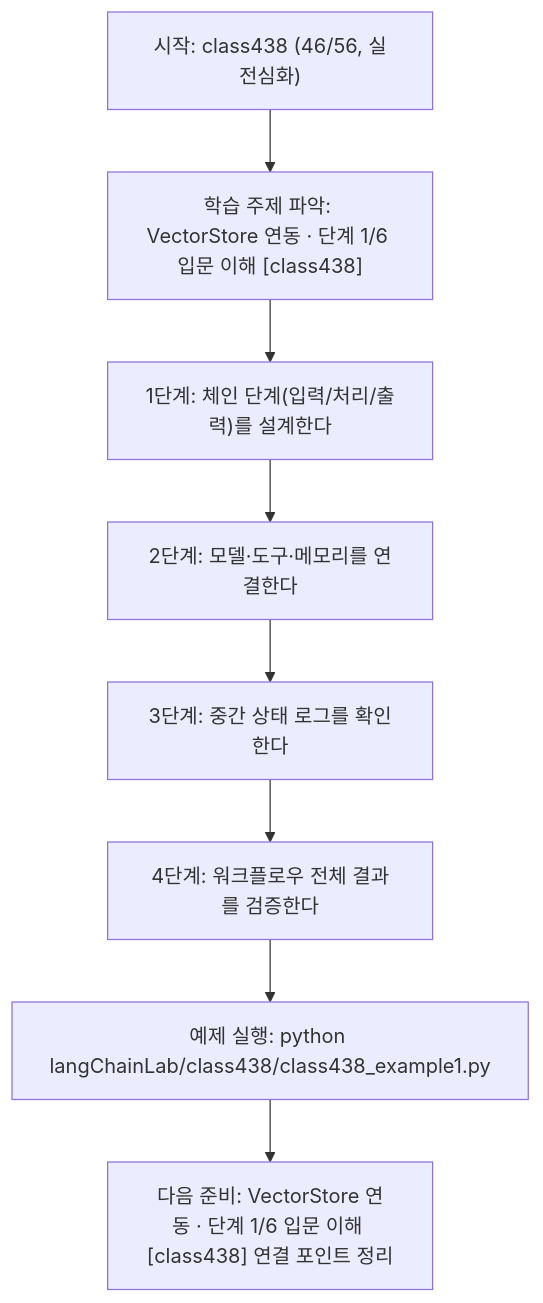
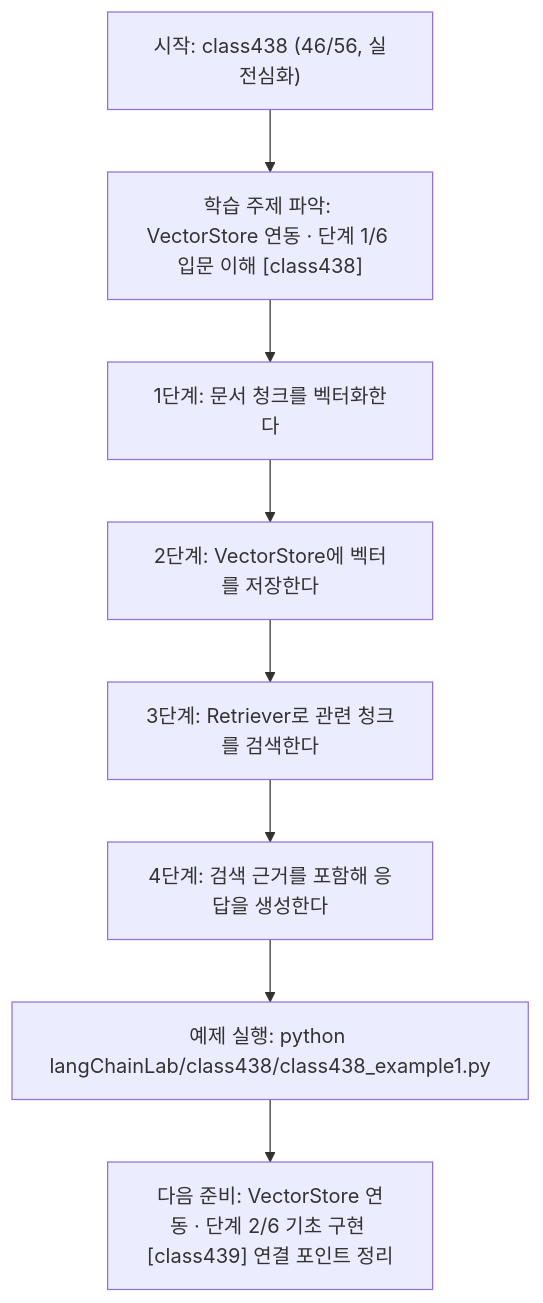
Before and after one commit to edumgt/Python-AI_Agent-Class: the diagram in langChainLab/class438/class438.md, drawn with Mermaid. The commit also changed other lines of this file and 395 other files, not shown here.

````diff
--- a/langChainLab/class438/class438.md
+++ b/langChainLab/class438/class438.md
@@ -109,18 +91,18 @@
 ```mermaid
 flowchart TD
 N1["시작: class438 (46/56, 실전심화)"]
 N2["학습 주제 파악: VectorStore 연동 · 단계 1/6 입문 이해 [class438]"]
-N3["1단계: 체인 단계(입력/처리/출력)를 설계한다"]
-N4["2단계: 모델·도구·메모리를 연결한다"]
-N5["3단계: 중간 상태 로그를 확인한다"]
-N6["4단계: 워크플로우 전체 결과를 검증한다"]
+N3["1단계: 문서 청크를 벡터화한다"]
+N4["2단계: VectorStore에 벡터를 저장한다"]
+N5["3단계: Retriever로 관련 청크를 검색한다"]
+N6["4단계: 검색 근거를 포함해 응답을 생성한다"]
 N7["예제 실행: python langChainLab/class438/class438_example1.py"]
-N8["다음 준비: VectorStore 연동 · 단계 1/6 입문 이해 [class438] 연결 포인트 정리"]
+N8["다음 준비: VectorStore 연동 · 단계 2/6 기초 구현 [class439] 연결 포인트 정리"]
 N1 --> N2
 N2 --> N3
 N3 --> N4
 N4 --> N5
 N5 --> N6
 N6 --> N7
 N7 --> N8
 ```
````
